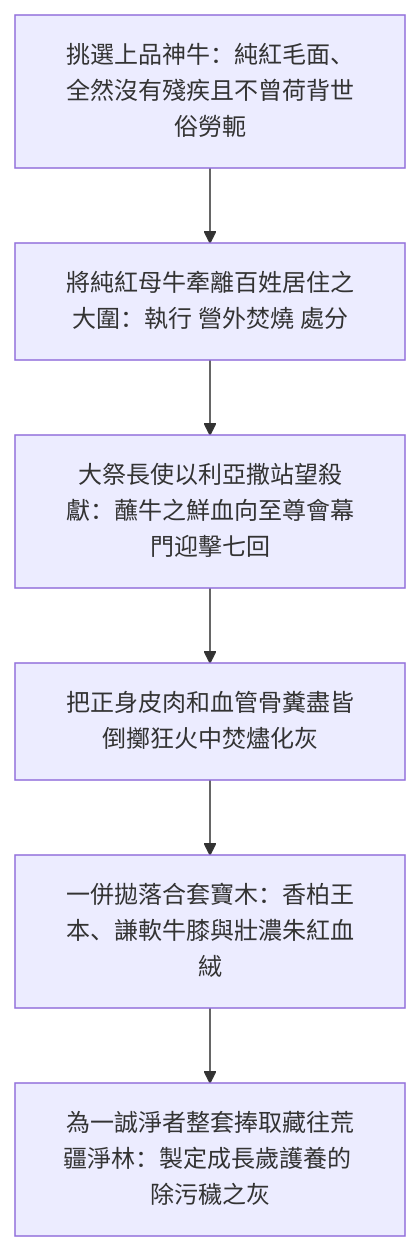
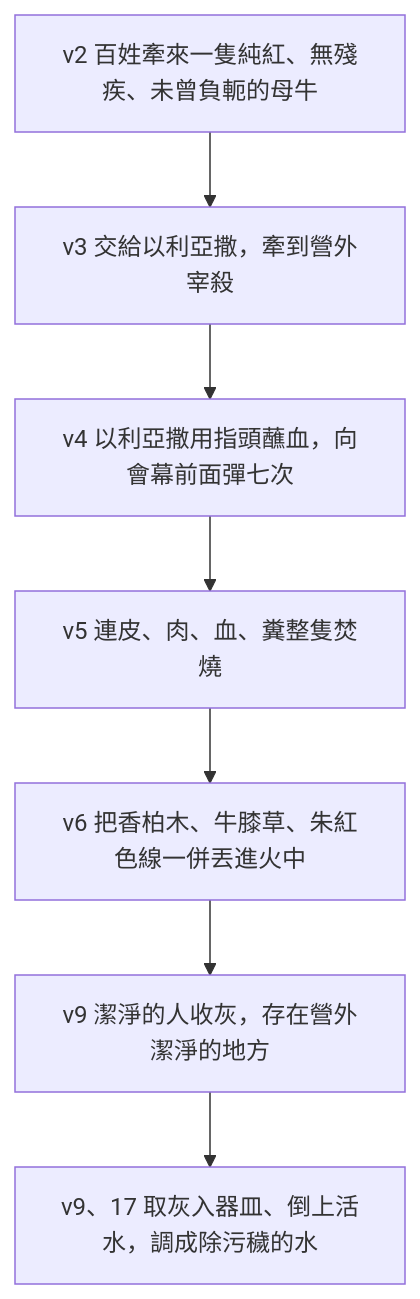
Before and after one commit to andyjr5566/Bible_wiki_zh: the first of 2 diagrams in 04 民數記/第19章.md, drawn with Mermaid. The commit also changed other lines of this file and 54 other files, not shown here.

````diff
--- a/04 民數記/第19章.md
+++ b/04 民數記/第19章.md
@@ -64,8 +89,9 @@
 ```mermaid
 flowchart TD
-    A["挑選上品神牛：純紅毛面、全然沒有殘疾且不曾荷背世俗勞軛"] --> B["將純紅母牛牽離百姓居住之大圍：執行 營外焚燒 處分"]
-    B --> C["大祭長使以利亞撒站望殺獻：蘸牛之鮮血向至尊會幕門迎擊七回"]
-    C --> D["把正身皮肉和血管骨糞盡皆倒擲狂火中焚燼化灰"]
-    D --> E["一併拋落合套寶木：香柏王本、謙軟牛膝與壯濃朱紅血絨"]
-    E --> F["為一誠淨者整套捧取藏往荒疆淨林：製定成長歲護養的 除污穢之灰"]
+    A["v2 百姓牽來一隻純紅、無殘疾、未曾負軛的母牛"] --> B["v3 交給以利亞撒，牽到營外宰殺"]
+    B --> C["v4 以利亞撒用指頭蘸血，向會幕前面彈七次"]
+    C --> D["v5 連皮、肉、血、糞整隻焚燒"]
+    D --> E["v6 把香柏木、牛膝草、朱紅色線一併丟進火中"]
+    E --> F["v9 潔淨的人收灰，存在營外潔淨的地方"]
+    F --> G["v9、17 取灰入器皿、倒上活水，調成除污穢的水"]
 ```
````
